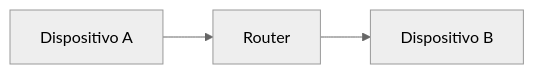
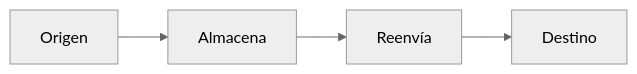
Before and after one commit to Oscar-Poski/heka-it: the third of 10 diagrams in src/content/lessons/fundamentos-it/redes-desde-cero/intro-redes/03-intro-redes.md, drawn with Mermaid (neutral theme). The commit also changed other lines of this file and 63 other files, not shown here.

````diff
--- a/src/content/lessons/fundamentos-it/redes-desde-cero/intro-redes/03-intro-redes.md
+++ b/src/content/lessons/fundamentos-it/redes-desde-cero/intro-redes/03-intro-redes.md
@@ -70,4 +70,6 @@
 ```mermaid
 flowchart LR
-  A["Dispositivo A"] --> R["Router"] --> B["Dispositivo B"]
+    A[Origen] --> B[Almacena]
+    B --> C[Reenvía]
+    C --> D[Destino]
 ```
````
